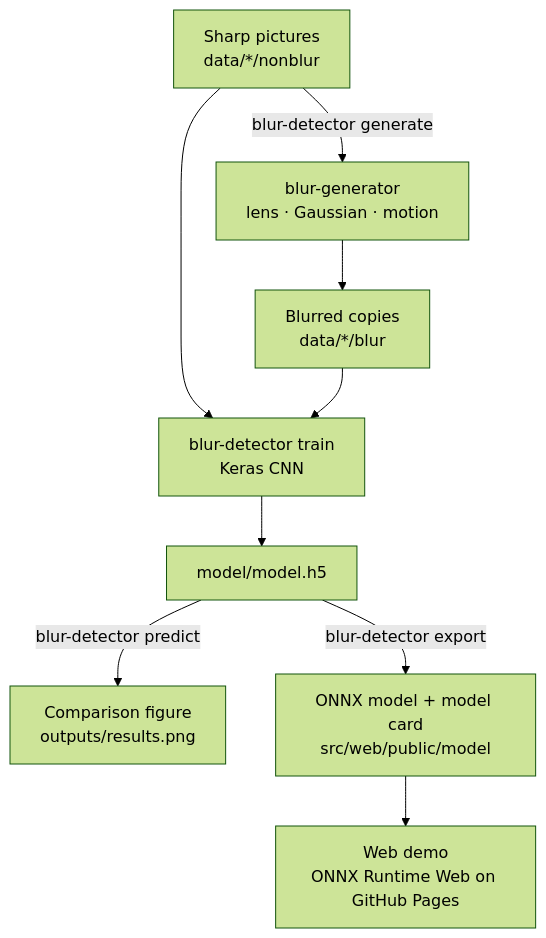
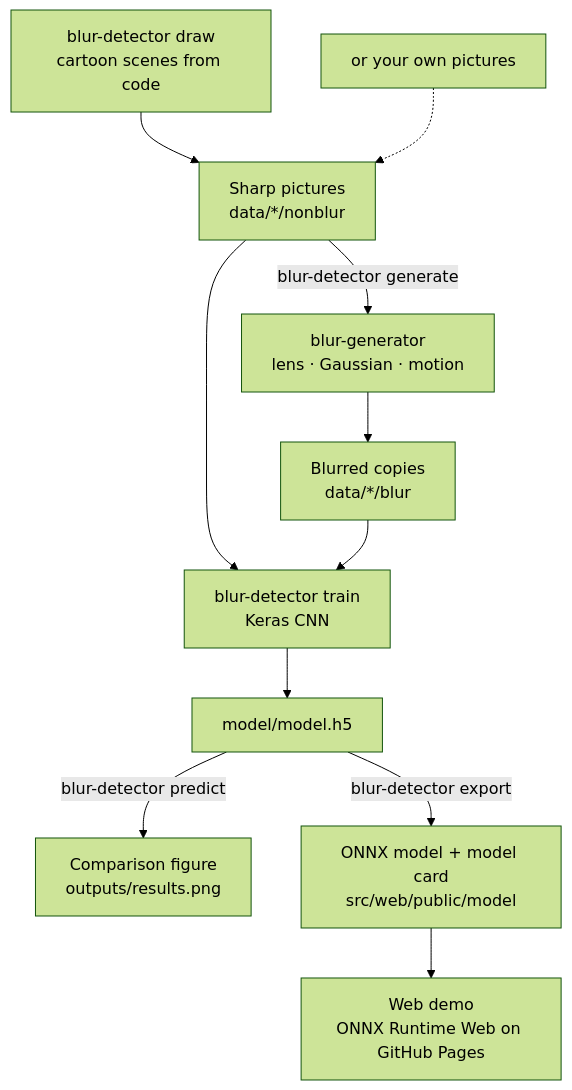
One commit to NatLee/simply-blur-detector changed the diagram in README.md. Above: the diagram before and after it, drawn with Mermaid (forest theme). The commit also changed other lines of this file and 234 other files, not shown here.

````diff
--- a/README.md
+++ b/README.md
@@ -35,11 +36,13 @@
 ```mermaid
 flowchart TB
+  draw["blur-detector draw<br/>cartoon scenes from code"] --> sharp
+  own["or your own pictures"] -.-> sharp
   sharp["Sharp pictures<br/>data/*/nonblur"] -->|"blur-detector generate"| bg["blur-generator<br/>lens · Gaussian · motion"]
   bg --> blurred["Blurred copies<br/>data/*/blur"]
   sharp --> train
   blurred --> train["blur-detector train<br/>Keras CNN"]
   train --> model["model/model.h5"]
   model -->|"blur-detector predict"| figure["Comparison figure<br/>outputs/results.png"]
   model -->|"blur-detector export"| onnx["ONNX model + model card<br/>src/web/public/model"]
   onnx --> web["Web demo<br/>ONNX Runtime Web on GitHub Pages"]
 ```
````
